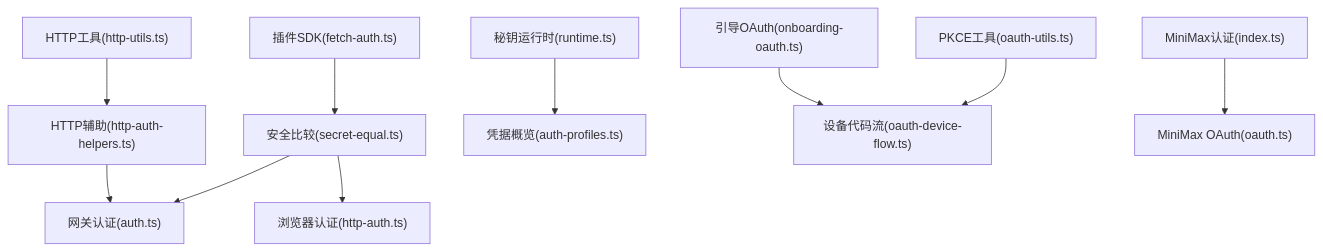
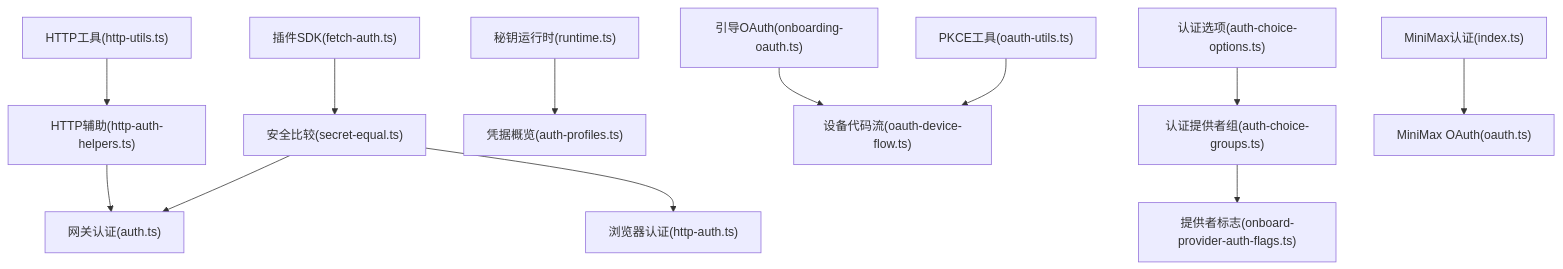
Before and after one commit to verse-ai-org/openclaw: diagram 14 of 15 in .qoder/repowiki/zh/content/安全与配置/认证系统/认证系统.md, drawn with Mermaid. The commit also changed other lines of this file and 11 other files, not shown here.

````diff
--- a/.qoder/repowiki/zh/content/安全与配置/认证系统/认证系统.md
+++ b/.qoder/repowiki/zh/content/安全与配置/认证系统/认证系统.md
@@ -553,12 +667,14 @@
 ```mermaid
 graph TB
 SEC["安全比较(secret-equal.ts)"] --> GA["网关认证(auth.ts)"]
 SEC --> BA["浏览器认证(http-auth.ts)"]
 UT["HTTP工具(http-utils.ts)"] --> GAH["HTTP辅助(http-auth-helpers.ts)"]
 GAH --> GA
 RT["秘钥运行时(runtime.ts)"] --> AP["凭据概览(auth-profiles.ts)"]
 FA["插件SDK(fetch-auth.ts)"] --> SEC
 PU["PKCE工具(oauth-utils.ts)"] --> ODF["设备代码流(oauth-device-flow.ts)"]
 OOA["引导OAuth(onboarding-oauth.ts)"] --> ODF
+ACG["认证提供者组(auth-choice-groups.ts)"] --> OPF["提供者标志(onboard-provider-auth-flags.ts)"]
+ACO["认证选项(auth-choice-options.ts)"] --> ACG
 MMA["MiniMax认证(index.ts)"] --> MMO["MiniMax OAuth(oauth.ts)"]
 ```
````
